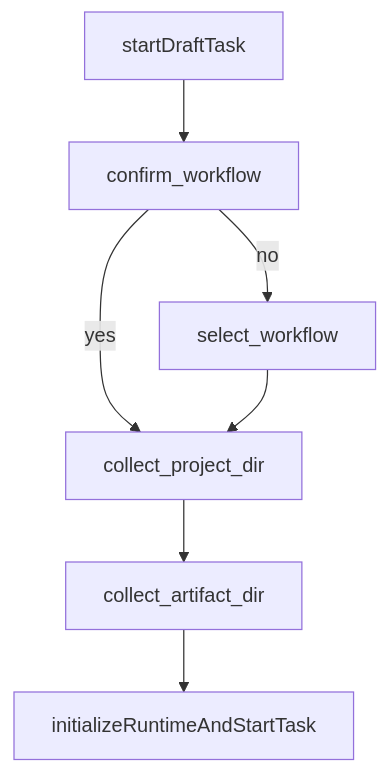
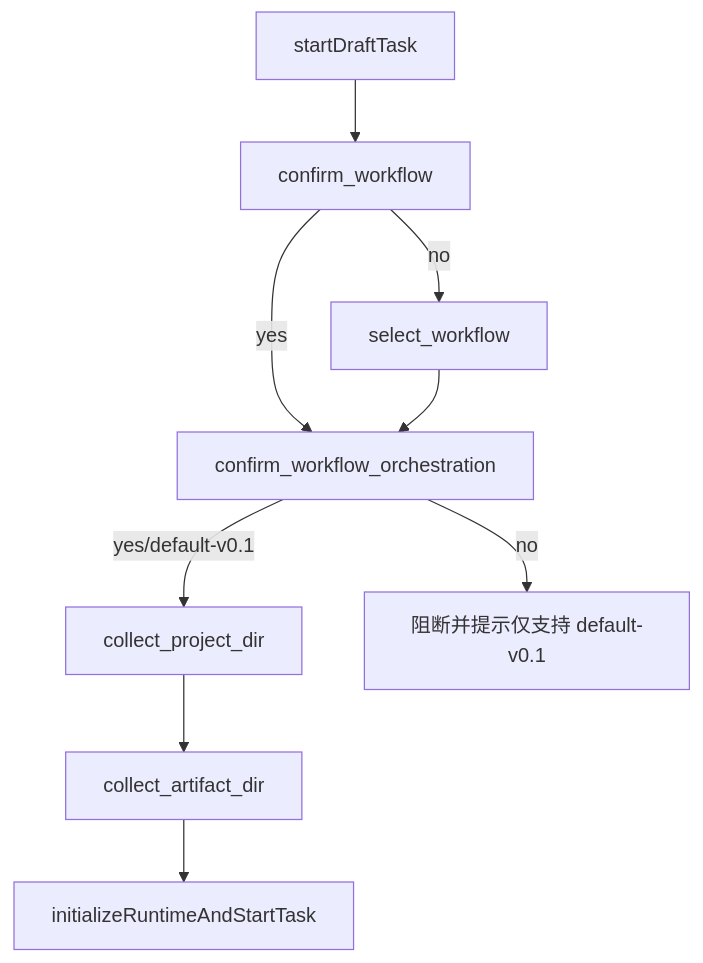
Before and after one commit to AryzingKhaos/AegisFlow: the fifth of 17 diagrams in roleflow/implementation/0.1.0/delivery/default-workflow-intake-layer-code-walkthrough.md, drawn with Mermaid. The commit also changed other lines of this file and 10 other files, not shown here.

````diff
--- a/roleflow/implementation/0.1.0/delivery/default-workflow-intake-layer-code-walkthrough.md
+++ b/roleflow/implementation/0.1.0/delivery/default-workflow-intake-layer-code-walkthrough.md
@@ -124,9 +125,11 @@
 ```mermaid
 flowchart TD
     A[startDraftTask] --> B[confirm_workflow]
-    B -->|yes| C[collect_project_dir]
+    B -->|yes| C[confirm_workflow_orchestration]
     B -->|no| D[select_workflow]
     D --> C
-    C --> E[collect_artifact_dir]
-    E --> F[initializeRuntimeAndStartTask]
+    C -->|yes/default-v0.1| E[collect_project_dir]
+    C -->|no| F[阻断并提示仅支持 default-v0.1]
+    E --> G[collect_artifact_dir]
+    G --> H[initializeRuntimeAndStartTask]
 ```
````
